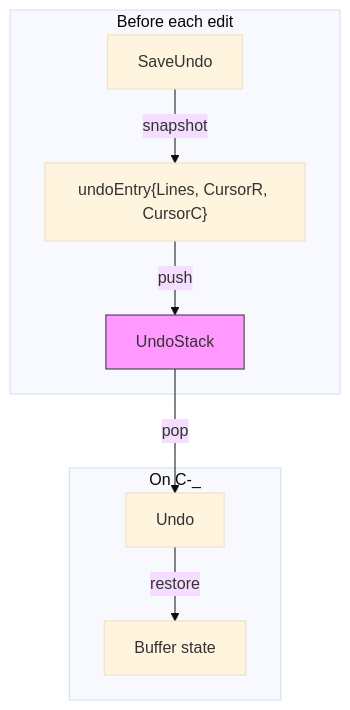
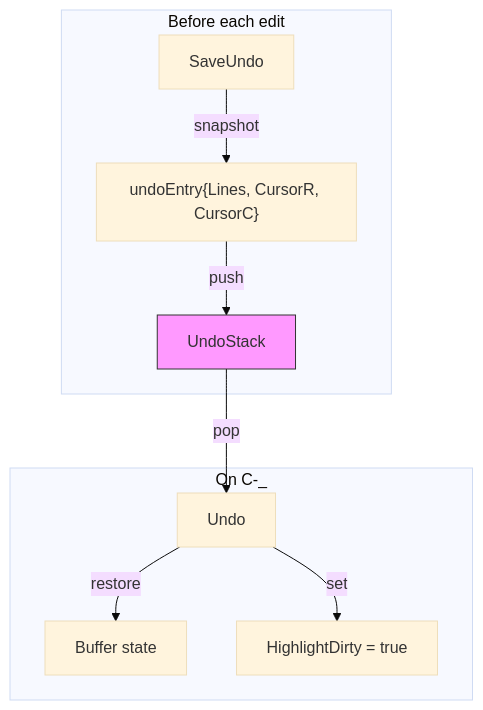
Before and after one commit to ryogrid/gomacs: the third of 4 diagrams in impl_docs/buffer.md, drawn with Mermaid (base theme). The commit also changed other lines of this file and 4 other files, not shown here.

````diff
--- a/impl_docs/buffer.md
+++ b/impl_docs/buffer.md
@@ -171,14 +173,15 @@
 ```mermaid
 graph TD
     subgraph "Before each edit"
         A[SaveUndo] -->|snapshot| B["undoEntry{Lines, CursorR, CursorC}"]
         B -->|push| C[UndoStack]
     end
 
     subgraph "On C-_"
         C -->|pop| D[Undo]
         D -->|restore| E[Buffer state]
+        D -->|set| F[HighlightDirty = true]
     end
 
     style C fill:#f9f,stroke:#333
 ```
````
